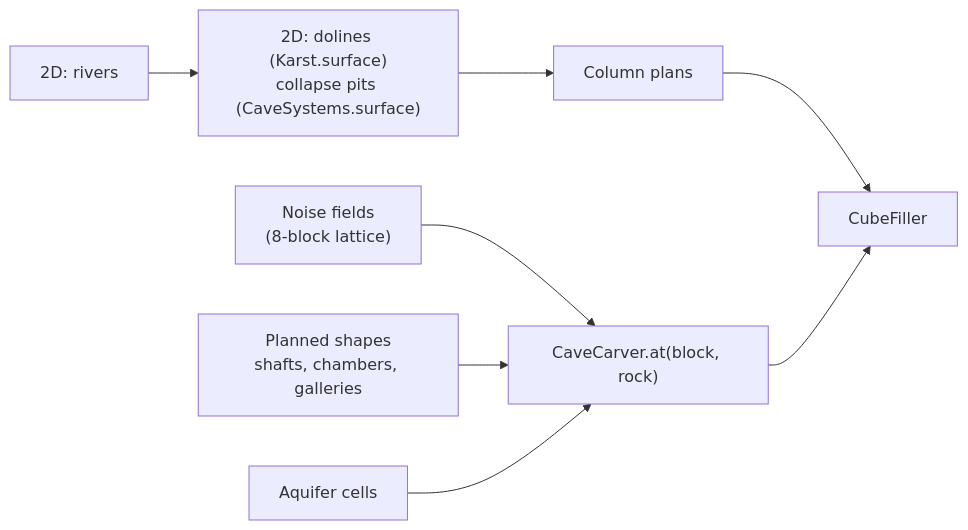
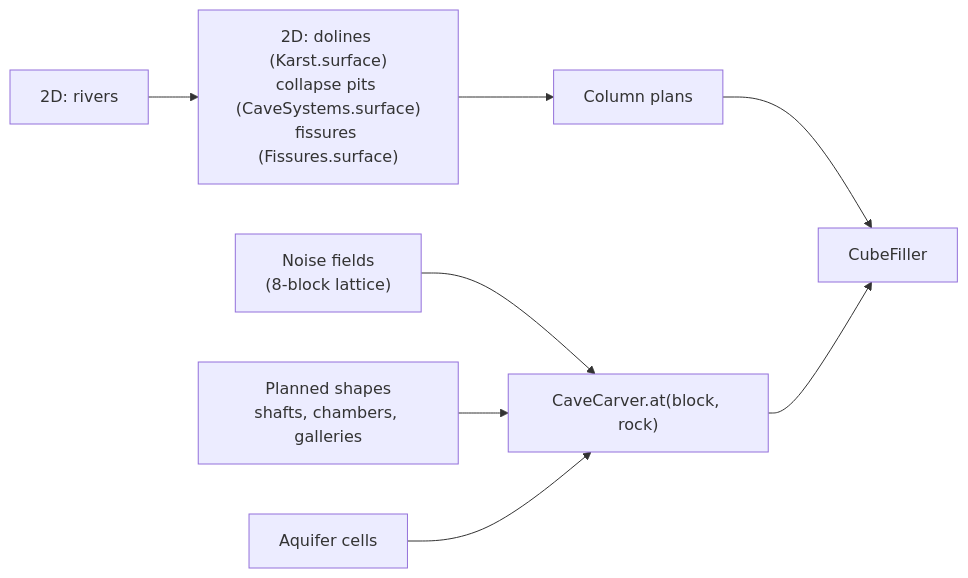
Before and after one commit to pasteltogrunon/Viridium: the diagram in docs/viridium/Worldgen/Caves/Caves Overview.md, drawn with Mermaid. The commit also changed other lines of this file and 9 other files, not shown here.

````diff
--- a/docs/viridium/Worldgen/Caves/Caves Overview.md
+++ b/docs/viridium/Worldgen/Caves/Caves Overview.md
@@ -35,10 +36,10 @@
 ```mermaid
 flowchart LR
-    R["2D: rivers"] --> K["2D: dolines (Karst.surface)<br/>collapse pits (CaveSystems.surface)"]
+    R["2D: rivers"] --> K["2D: dolines (Karst.surface)<br/>collapse pits (CaveSystems.surface)<br/>fissures (Fissures.surface)"]
     K --> P["Column plans"]
     P --> F["CubeFiller"]
     N["Noise fields<br/>(8-block lattice)"] --> C["CaveCarver.at(block, rock)"]
     S["Planned shapes<br/>shafts, chambers, galleries"] --> C
     C --> F
     A["Aquifer cells"] --> C
 ```
````
